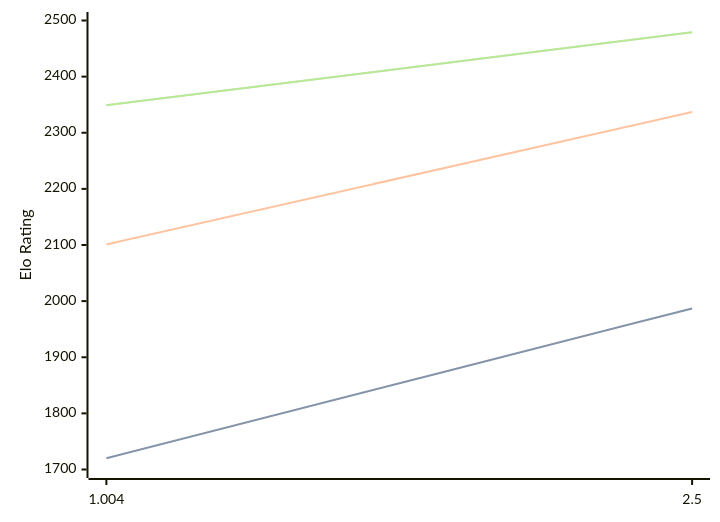
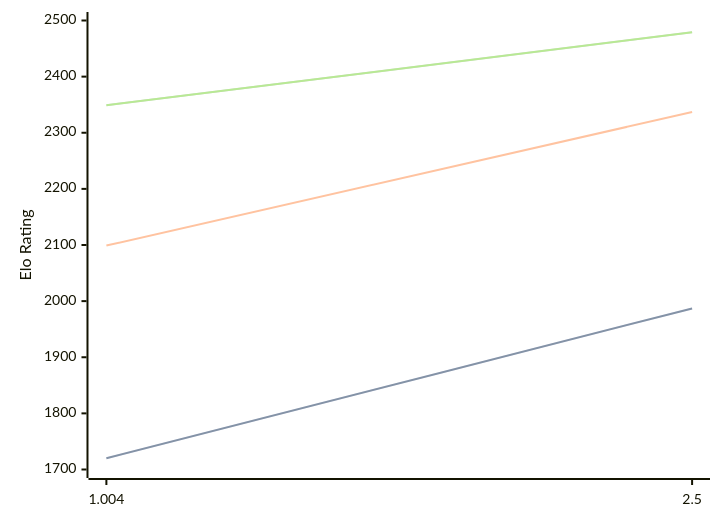
One commit to computer-chess-index/cci changed the diagram in engines/Ares.md. Above: the diagram before and after it, drawn with Mermaid. The commit also changed other lines of this file, not shown here.

````diff
--- a/engines/Ares.md
+++ b/engines/Ares.md
@@ -32,11 +32,11 @@
 ```mermaid
 %%{init: {"theme":"base","themeVariables":{"seriesColors:['#a3a3a3','#222221','#faa371']}}}%%
 xychart-beta
   x-axis ["1.004", "2.5"]
   y-axis "Elo Rating" 1700 --> 2500
   line "STC (8.0+0.08s)" [1720, 1987]
   line "STC (8.0+0.08s)" [1720, 1987]
-  line "LTC (60.0+0.60s)" [2101, 2337]
+  line "LTC (60.0+0.60s)" [2099, 2337]
   line "VLTC (2m24s+1.12s)" [2349, 2479]
   line "VLTC (2m24s+1.12s)" [2349, 2479]
 ```
````
